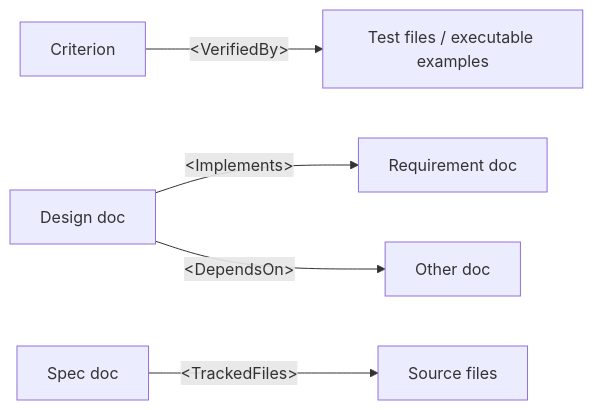
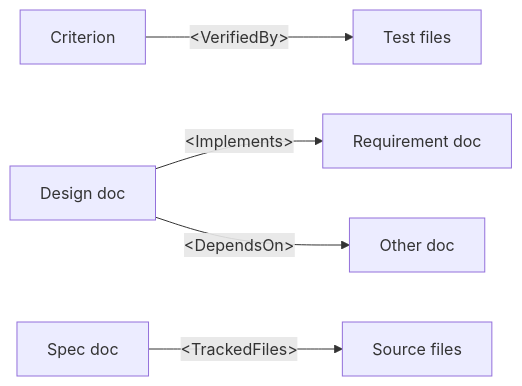
Before and after one commit to jonisavo/supersigil: the diagram in website/src/content/docs/concepts/index.mdx, drawn with Mermaid. The commit also changed other lines of this file and 160 other files, not shown here.

First line of the commit message:
refactor: remove executable examples feature and merge lint into verify

````diff
--- a/website/src/content/docs/concepts/index.mdx
+++ b/website/src/content/docs/concepts/index.mdx
@@ -77,7 +75,7 @@
 ```mermaid
 graph LR
-  C["Criterion"] -- "&lt;VerifiedBy&gt;" --> T["Test files / executable examples"]
+  C["Criterion"] -- "&lt;VerifiedBy&gt;" --> T["Test files"]
   D["Design doc"] -- "&lt;Implements&gt;" --> R["Requirement doc"]
   D -- "&lt;DependsOn&gt;" --> O["Other doc"]
   S["Spec doc"] -- "&lt;TrackedFiles&gt;" --> F["Source files"]
 ```
````
